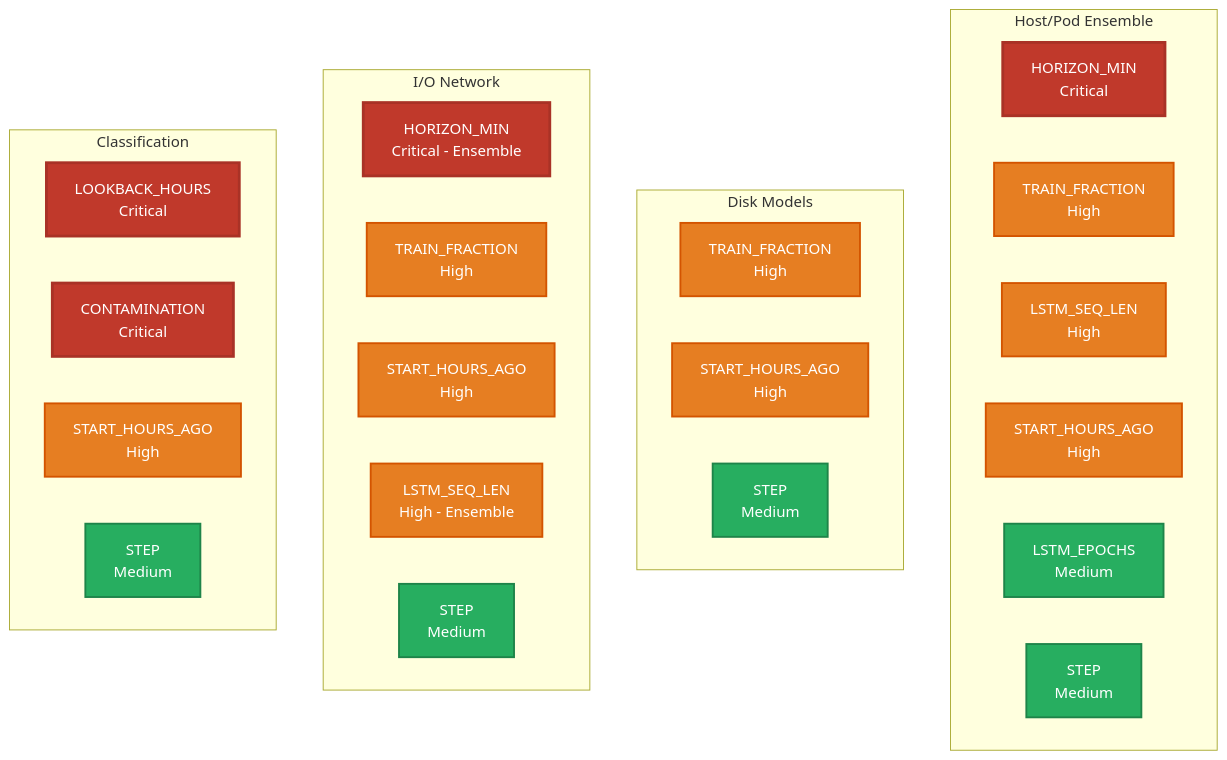
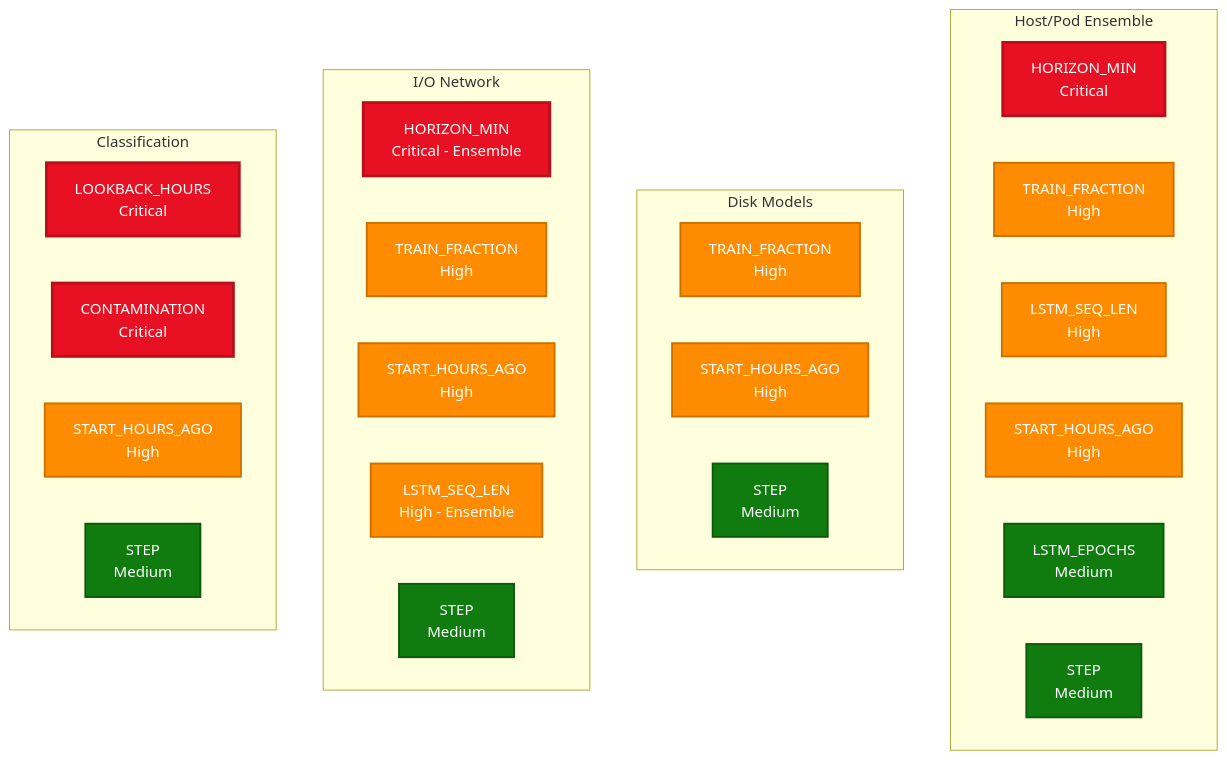
One commit to k8sautom8/metrics-ml changed the tenth of 11 diagrams in Docs/VISUAL_ARCHITECTURE_GUIDE.md. Above: the diagram before and after it, drawn with Mermaid. The commit also changed other lines of this file, not shown here.

````diff
--- a/Docs/VISUAL_ARCHITECTURE_GUIDE.md
+++ b/Docs/VISUAL_ARCHITECTURE_GUIDE.md
@@ -654,40 +654,40 @@
 ```mermaid
 graph TD
     subgraph "Host/Pod Ensemble"
         HP1[HORIZON_MIN<br/>Critical]
         HP2[TRAIN_FRACTION<br/>High]
         HP3[LSTM_SEQ_LEN<br/>High]
         HP4[START_HOURS_AGO<br/>High]
         HP5[LSTM_EPOCHS<br/>Medium]
         HP6[STEP<br/>Medium]
     end
     
     subgraph "Disk Models"
         D1[TRAIN_FRACTION<br/>High]
         D2[START_HOURS_AGO<br/>High]
         D3[STEP<br/>Medium]
     end
     
     subgraph "I/O Network"
         IO1[HORIZON_MIN<br/>Critical - Ensemble]
         IO2[TRAIN_FRACTION<br/>High]
         IO3[START_HOURS_AGO<br/>High]
         IO4[LSTM_SEQ_LEN<br/>High - Ensemble]
         IO5[STEP<br/>Medium]
     end
     
     subgraph "Classification"
         C1[LOOKBACK_HOURS<br/>Critical]
         C2[CONTAMINATION<br/>Critical]
         C3[START_HOURS_AGO<br/>High]
         C4[STEP<br/>Medium]
     end
     
-    classDef critical fill:#C0392B,stroke:#A93226,stroke-width:3px,color:#fff
-    classDef high fill:#E67E22,stroke:#D35400,stroke-width:2px,color:#fff
-    classDef medium fill:#27AE60,stroke:#1E8449,stroke-width:2px,color:#fff
+    classDef critical fill:#E81123,stroke:#BA0E1C,stroke-width:3px,color:#fff
+    classDef high fill:#FF8C00,stroke:#CC7000,stroke-width:2px,color:#fff
+    classDef medium fill:#107C10,stroke:#0B5A0B,stroke-width:2px,color:#fff
     
     class HP1,IO1,C1,C2 critical
     class HP2,HP3,HP4,D1,D2,IO2,IO3,IO4,C3 high
     class HP5,HP6,D3,IO5,C4 medium
 ```
````
